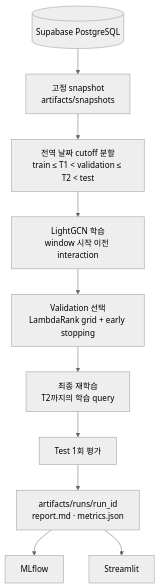
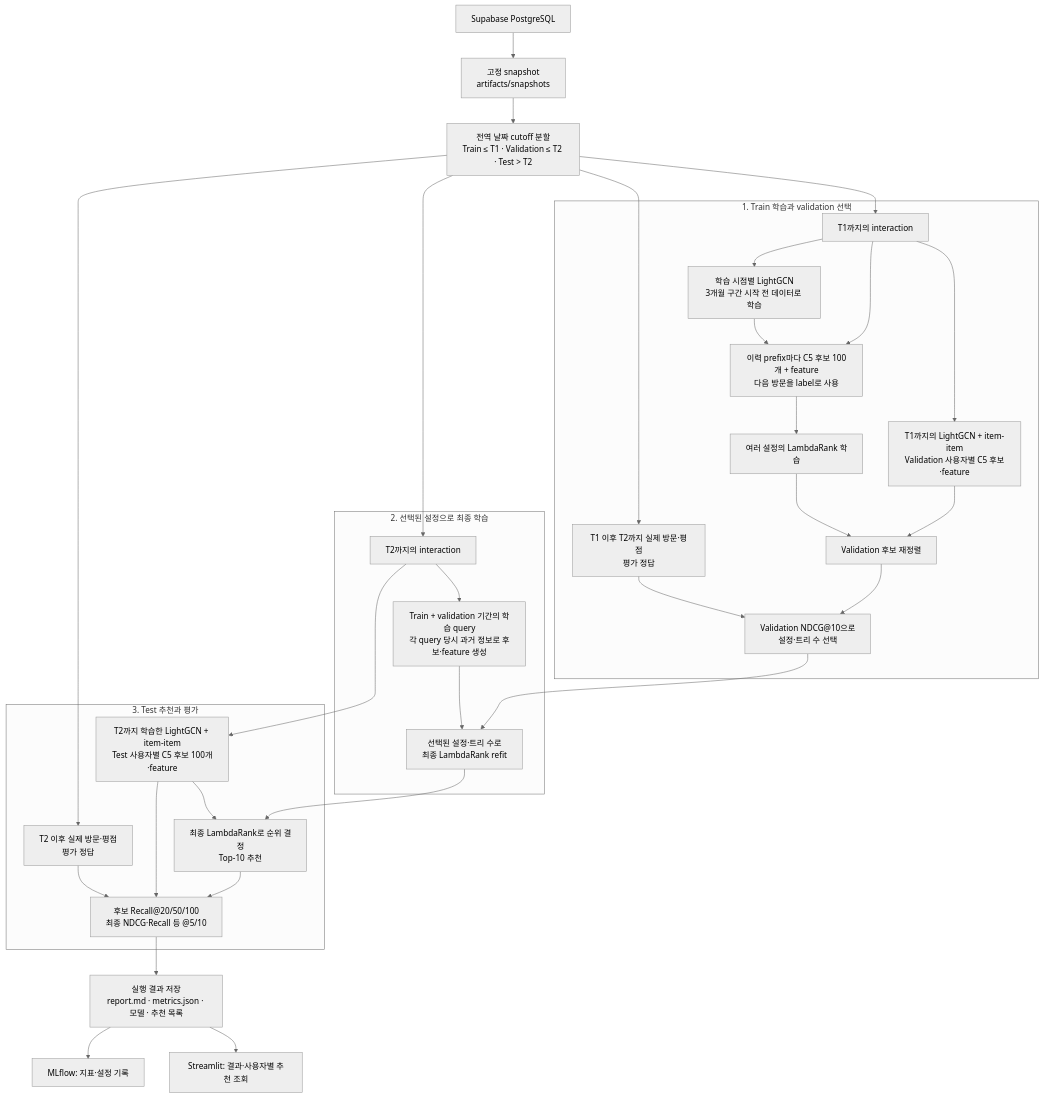
Before and after one commit to han942/ai-ds-projects: the diagram in projects/rating_recsys/BASELINE_MODEL.md, drawn with Mermaid (neutral theme). The commit also changed other lines of this file and 51 other files, not shown here.

````diff
--- a/projects/rating_recsys/BASELINE_MODEL.md
+++ b/projects/rating_recsys/BASELINE_MODEL.md
@@ -29,12 +25,40 @@
 ```mermaid
 flowchart TD
-    DB[(Supabase PostgreSQL)] --> S[고정 snapshot<br/>artifacts/snapshots]
-    S --> P[전역 날짜 cutoff 분할<br/>train ≤ T1 < validation ≤ T2 < test]
-    P --> G[LightGCN 학습<br/>window 시작 이전 interaction]
-    G --> V[Validation 선택<br/>LambdaRank grid + early stopping]
-    V --> F[최종 재학습<br/>T2까지의 학습 query]
-    F --> T[Test 1회 평가]
-    T --> A[artifacts/runs/run_id<br/>report.md · metrics.json]
-    A --> M[MLflow]
-    A --> UI[Streamlit]
+    DB["Supabase PostgreSQL"] --> S["고정 snapshot<br/>artifacts/snapshots"]
+    S --> D["전역 날짜 cutoff 분할<br/>Train ≤ T1 · Validation ≤ T2 · Test > T2"]
+
+    subgraph SELECT["1. Train 학습과 validation 선택"]
+        TH["T1까지의 interaction"] --> CP["학습 시점별 LightGCN<br/>3개월 구간 시작 전 데이터로 학습"]
+        CP --> X["이력 prefix마다 C5 후보 100개 + feature<br/>다음 방문을 label로 사용"]
+        TH --> X
+        X --> L["여러 설정의 LambdaRank 학습"]
+        TH --> VC["T1까지의 LightGCN + item-item<br/>Validation 사용자별 C5 후보·feature"]
+        L --> VR["Validation 후보 재정렬"]
+        VC --> VR
+        VL["T1 이후 T2까지 실제 방문·평점<br/>평가 정답"] --> VS["Validation NDCG@10으로<br/>설정·트리 수 선택"]
+        VR --> VS
+    end
+
+    subgraph FINAL["2. 선택된 설정으로 최종 학습"]
+        FH["T2까지의 interaction"] --> FX["Train + validation 기간의 학습 query<br/>각 query 당시 과거 정보로 후보·feature 생성"]
+        FX --> FM["선택된 설정·트리 수로<br/>최종 LambdaRank refit"]
+    end
+
+    subgraph TEST["3. Test 추천과 평가"]
+        TC["T2까지 학습한 LightGCN + item-item<br/>Test 사용자별 C5 후보 100개·feature"] --> TR["최종 LambdaRank로 순위 결정<br/>Top-10 추천"]
+        TL["T2 이후 실제 방문·평점<br/>평가 정답"] --> E["후보 Recall@20/50/100<br/>최종 NDCG·Recall 등 @5/10"]
+        TC --> E
+        TR --> E
+    end
+
+    D --> TH
+    D --> VL
+    D --> FH
+    D --> TL
+    VS --> FM
+    FH --> TC
+    FM --> TR
+    E --> A["실행 결과 저장<br/>report.md · metrics.json · 모델 · 추천 목록"]
+    A --> M["MLflow: 지표·설정 기록"]
+    A --> UI["Streamlit: 결과·사용자별 추천 조회"]
 ```
````
